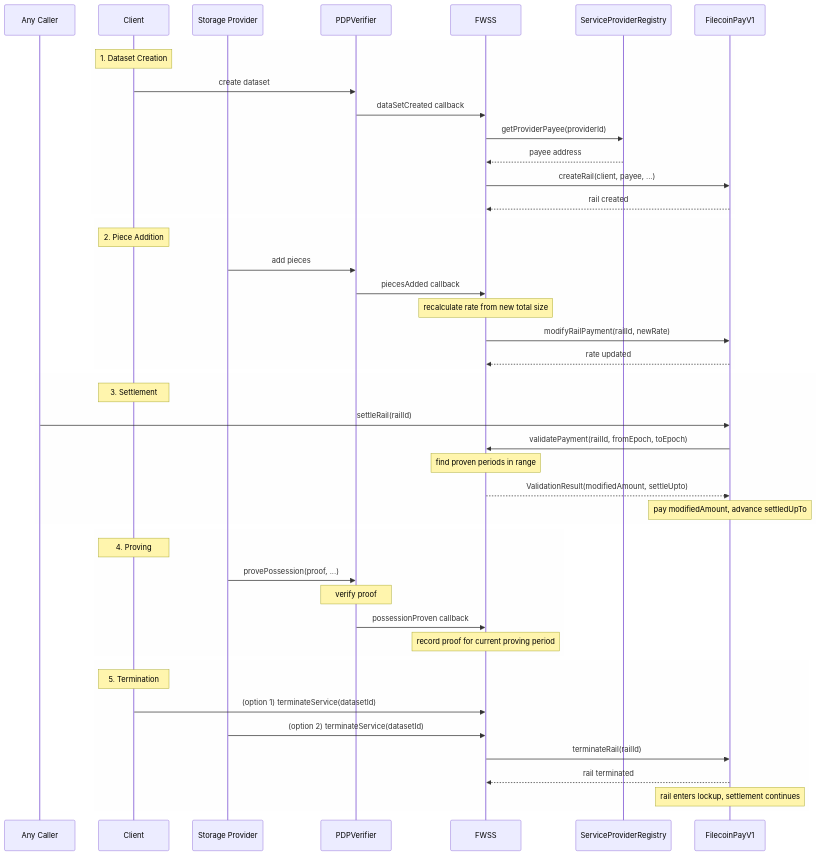
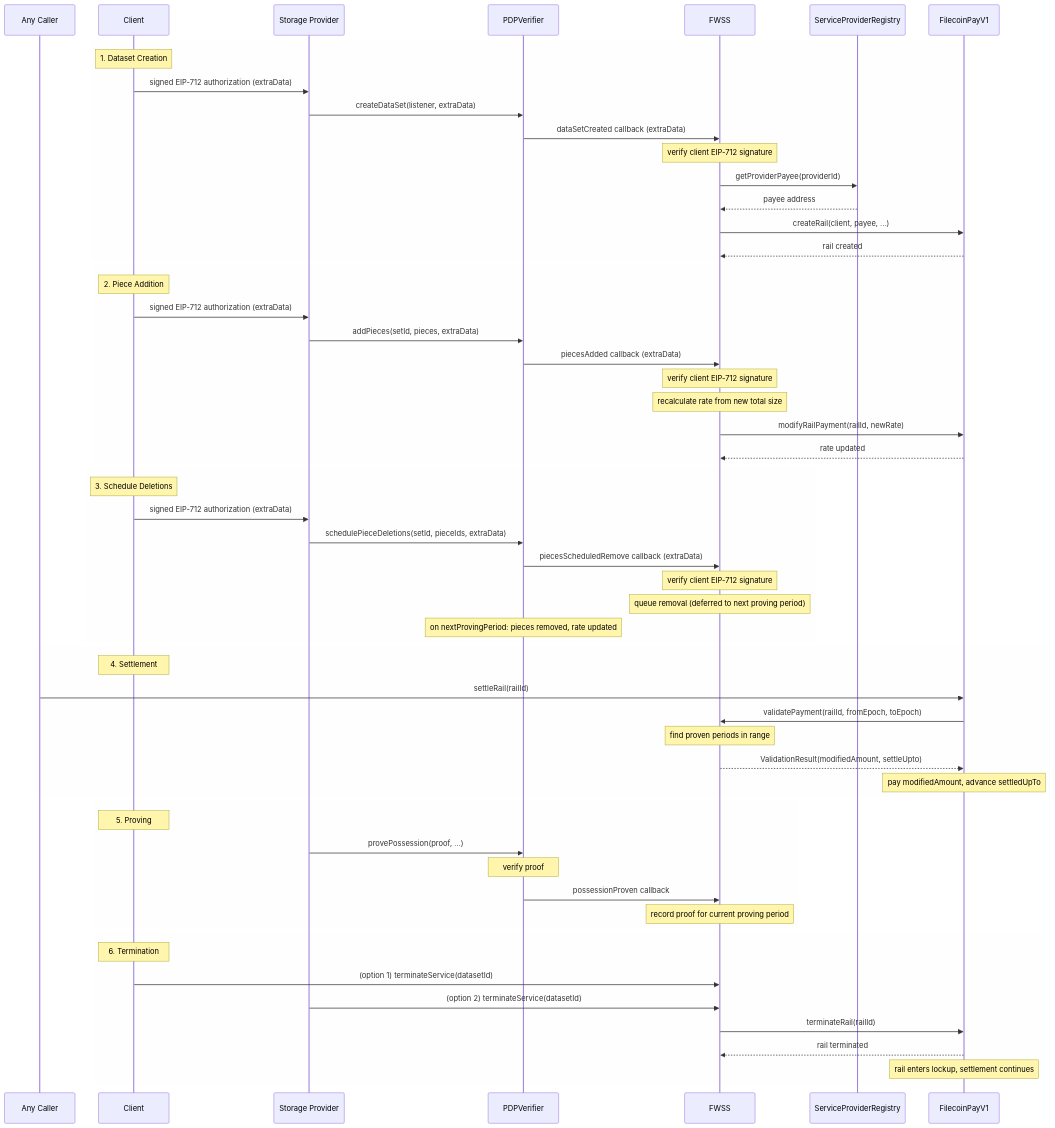
One commit to FilOzone/filecoin-services changed the second of 2 diagrams in SPEC.md. Above: the diagram before and after it, drawn with Mermaid.

Commit message:
docs: fix data flow diagram callers and add schedule deletions
Fix data flow diagram callers and add schedule deletions

````diff
--- a/SPEC.md
+++ b/SPEC.md
@@ -301,55 +301,69 @@
 ```mermaid
 sequenceDiagram
   participant Caller as Any Caller
   participant Client
   participant SP as Storage Provider
   participant PDPVerifier
   participant FWSS
   participant ServiceProviderRegistry
   participant FilecoinPayV1
 
   rect rgba(248, 248, 248, 0.2)
     Note over Client: 1. Dataset Creation
-    Client->>PDPVerifier: create dataset
-    PDPVerifier->>FWSS: dataSetCreated callback
+    Client->>SP: signed EIP-712 authorization (extraData)
+    SP->>PDPVerifier: createDataSet(listener, extraData)
+    PDPVerifier->>FWSS: dataSetCreated callback (extraData)
+    Note over FWSS: verify client EIP-712 signature
     FWSS->>ServiceProviderRegistry: getProviderPayee(providerId)
     ServiceProviderRegistry-->>FWSS: payee address
     FWSS->>FilecoinPayV1: createRail(client, payee, ...)
     FilecoinPayV1-->>FWSS: rail created
   end
 
   rect rgba(248, 248, 248, 0.2)
     Note over Client: 2. Piece Addition
-    SP->>PDPVerifier: add pieces
-    PDPVerifier->>FWSS: piecesAdded callback
+    Client->>SP: signed EIP-712 authorization (extraData)
+    SP->>PDPVerifier: addPieces(setId, pieces, extraData)
+    PDPVerifier->>FWSS: piecesAdded callback (extraData)
+    Note over FWSS: verify client EIP-712 signature
     Note over FWSS: recalculate rate from new total size
     FWSS->>FilecoinPayV1: modifyRailPayment(railId, newRate)
     FilecoinPayV1-->>FWSS: rate updated
   end
 
   rect rgba(248, 248, 248, 0.2)
-    Note over Client: 3. Settlement
+    Note over Client: 3. Schedule Deletions
+    Client->>SP: signed EIP-712 authorization (extraData)
+    SP->>PDPVerifier: schedulePieceDeletions(setId, pieceIds, extraData)
+    PDPVerifier->>FWSS: piecesScheduledRemove callback (extraData)
+    Note over FWSS: verify client EIP-712 signature
+    Note over FWSS: queue removal (deferred to next proving period)
+    Note over PDPVerifier: on nextProvingPeriod: pieces removed, rate updated
+  end
+
+  rect rgba(248, 248, 248, 0.2)
+    Note over Client: 4. Settlement
     Caller->>FilecoinPayV1: settleRail(railId)
     FilecoinPayV1->>FWSS: validatePayment(railId, fromEpoch, toEpoch)
     Note over FWSS: find proven periods in range
     FWSS-->>FilecoinPayV1: ValidationResult(modifiedAmount, settleUpto)
     Note over FilecoinPayV1: pay modifiedAmount, advance settledUpTo
   end
 
   rect rgba(248, 248, 248, 0.2)
-    Note over Client: 4. Proving
+    Note over Client: 5. Proving
     SP->>PDPVerifier: provePossession(proof, ...)
     Note over PDPVerifier: verify proof
     PDPVerifier->>FWSS: possessionProven callback
     Note over FWSS: record proof for current proving period
   end
 
   rect rgba(248, 248, 248, 0.2)
-    Note over Client: 5. Termination
+    Note over Client: 6. Termination
     Client->>FWSS: (option 1) terminateService(datasetId)
     SP->>FWSS: (option 2) terminateService(datasetId)
     FWSS->>FilecoinPayV1: terminateRail(railId)
     FilecoinPayV1-->>FWSS: rail terminated
     Note over FilecoinPayV1: rail enters lockup, settlement continues
   end
 ```
````
